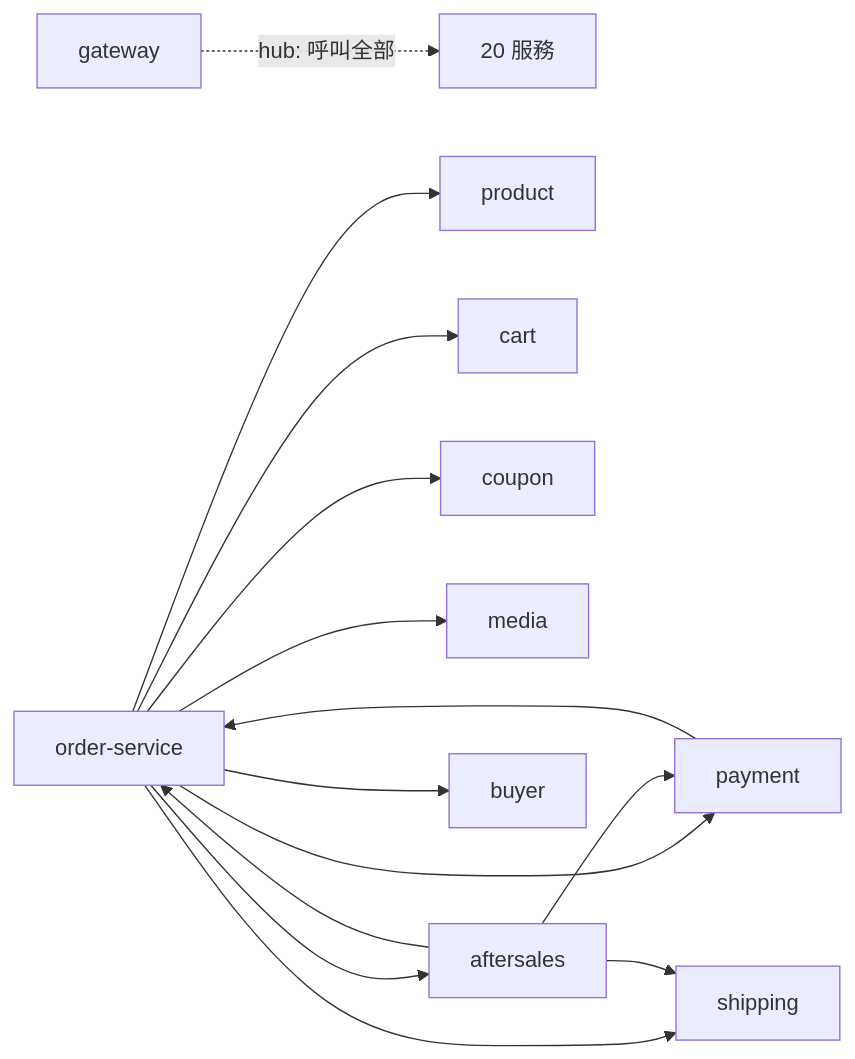
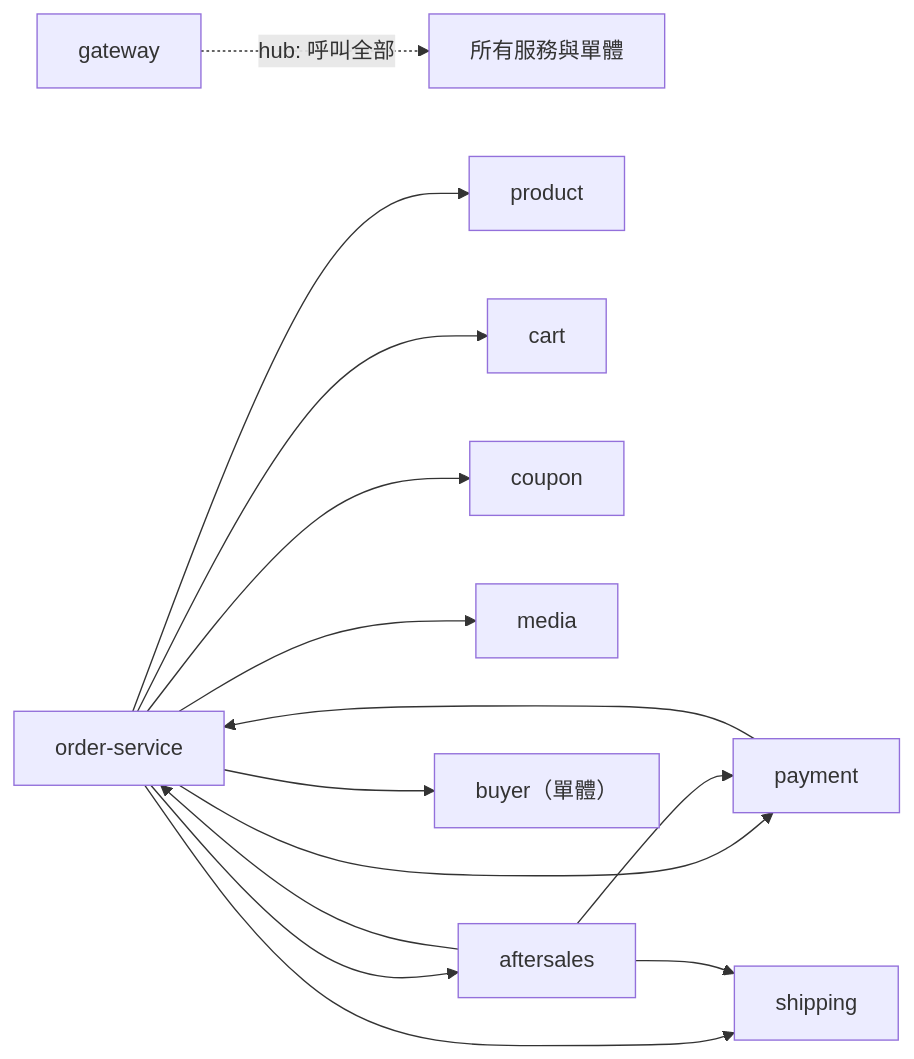
One commit to Will413028/hawkr changed the fourth of 11 diagrams in backend/docs/基礎建設/系統架構與資料流向.md. Above: the diagram before and after it, drawn with Mermaid. The commit also changed other lines of this file, not shown here.

````diff
--- a/backend/docs/基礎建設/系統架構與資料流向.md
+++ b/backend/docs/基礎建設/系統架構與資料流向.md
@@ -312,16 +308,16 @@
 ```mermaid
 flowchart LR
-    gw["gateway"] -.->|hub: 呼叫全部| ALL["20 服務"]
+    gw["gateway"] -.->|hub: 呼叫全部| ALL["所有服務與單體"]
     O["order-service"] --> P["product"]
     O --> Cart["cart"]
     O --> Cp["coupon"]
     O --> Pay["payment"]
     O --> Sh["shipping"]
     O --> M["media"]
     O --> AS["aftersales"]
-    O --> B["buyer"]
+    O --> B["buyer（單體）"]
     Pay --> O
     AS --> O
     AS --> Pay
     AS --> Sh
 ```
````
